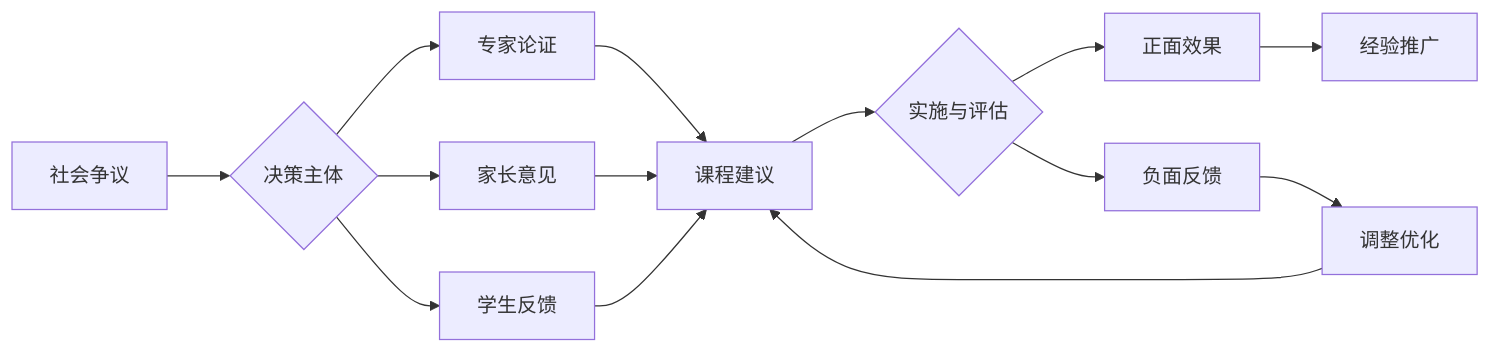
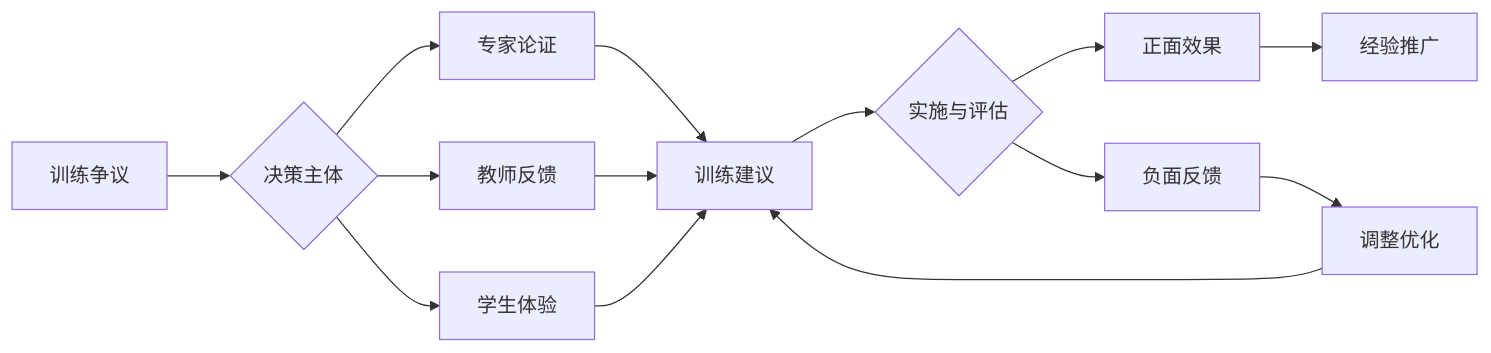
The fourth of 4 diagrams in 03-应用实践领域/02-创新思维训练.md (AdaMartin18010/SeniorEnducation), drawn with Mermaid before and after one commit. The commit also changed other lines of this file and 18 other files, not shown here.

````diff
--- a/03-应用实践领域/02-创新思维训练.md
+++ b/03-应用实践领域/02-创新思维训练.md
@@ -208,16 +210,16 @@
 ```mermaid
 graph LR
-    A[社会争议] --> B{决策主体}
+    A[训练争议] --> B{决策主体}
     B --> C[专家论证]
-    B --> D[家长意见]
-    B --> E[学生反馈]
-    C --> F[课程建议]
+    B --> D[教师反馈]
+    B --> E[学生体验]
+    C --> F[训练建议]
     D --> F
     E --> F
     F --> G{实施与评估}
     G --> H[正面效果]
     G --> I[负面反馈]
     I --> J[调整优化]
     H --> K[经验推广]
     J --> F
 ```
````
